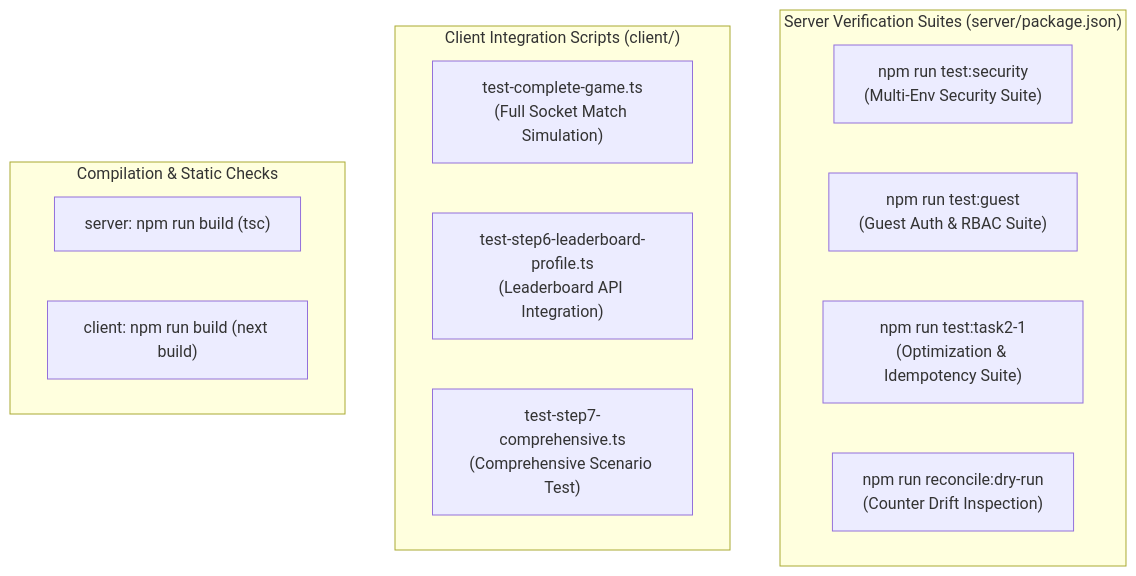
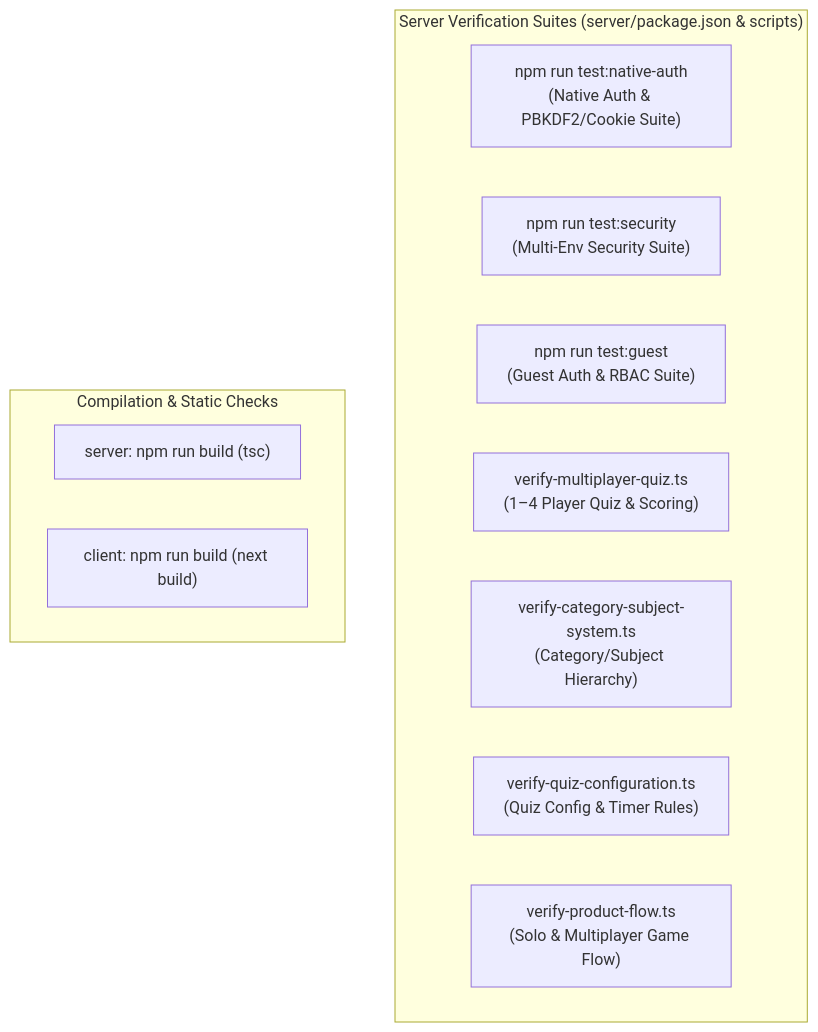
One commit to harshverma-25/CodeArena changed the diagram in docs/12-testing-guide.md. Above: the diagram before and after it, drawn with Mermaid. The commit also changed other lines of this file and 17 other files, not shown here.

Commit message:
docs: synchronize project documentation with current architecture

````diff
--- a/docs/12-testing-guide.md
+++ b/docs/12-testing-guide.md
@@ -7,20 +7,17 @@
 ```mermaid
 graph TD
-    subgraph ServerTests ["Server Verification Suites (server/package.json)"]
+    subgraph ServerTests ["Server Verification Suites (server/package.json & scripts)"]
+        NativeAuth["npm run test:native-auth\n(Native Auth & PBKDF2/Cookie Suite)"]
         SecTest["npm run test:security\n(Multi-Env Security Suite)"]
         GuestTest["npm run test:guest\n(Guest Auth & RBAC Suite)"]
-        TaskTest["npm run test:task2-1\n(Optimization & Idempotency Suite)"]
-        DryRun["npm run reconcile:dry-run\n(Counter Drift Inspection)"]
-    end
-
-    subgraph ClientTests ["Client Integration Scripts (client/)"]
-        E2E["test-complete-game.ts\n(Full Socket Match Simulation)"]
-        LBTest["test-step6-leaderboard-profile.ts\n(Leaderboard API Integration)"]
-        CompTest["test-step7-comprehensive.ts\n(Comprehensive Scenario Test)"]
+        MultiQuiz["verify-multiplayer-quiz.ts\n(1–4 Player Quiz & Scoring)"]
+        CatSubj["verify-category-subject-system.ts\n(Category/Subject Hierarchy)"]
+        QuizCfg["verify-quiz-configuration.ts\n(Quiz Config & Timer Rules)"]
+        ProdFlow["verify-product-flow.ts\n(Solo & Multiplayer Game Flow)"]
     end
 
     subgraph BuildChecks ["Compilation & Static Checks"]
         ServerBuild["server: npm run build (tsc)"]
         ClientBuild["client: npm run build (next build)"]
     end
 ```
````
